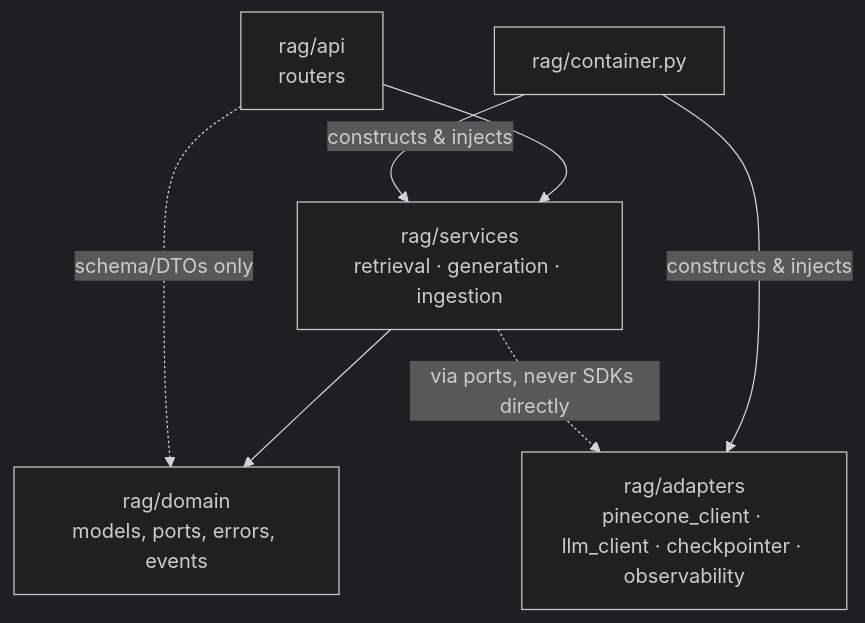
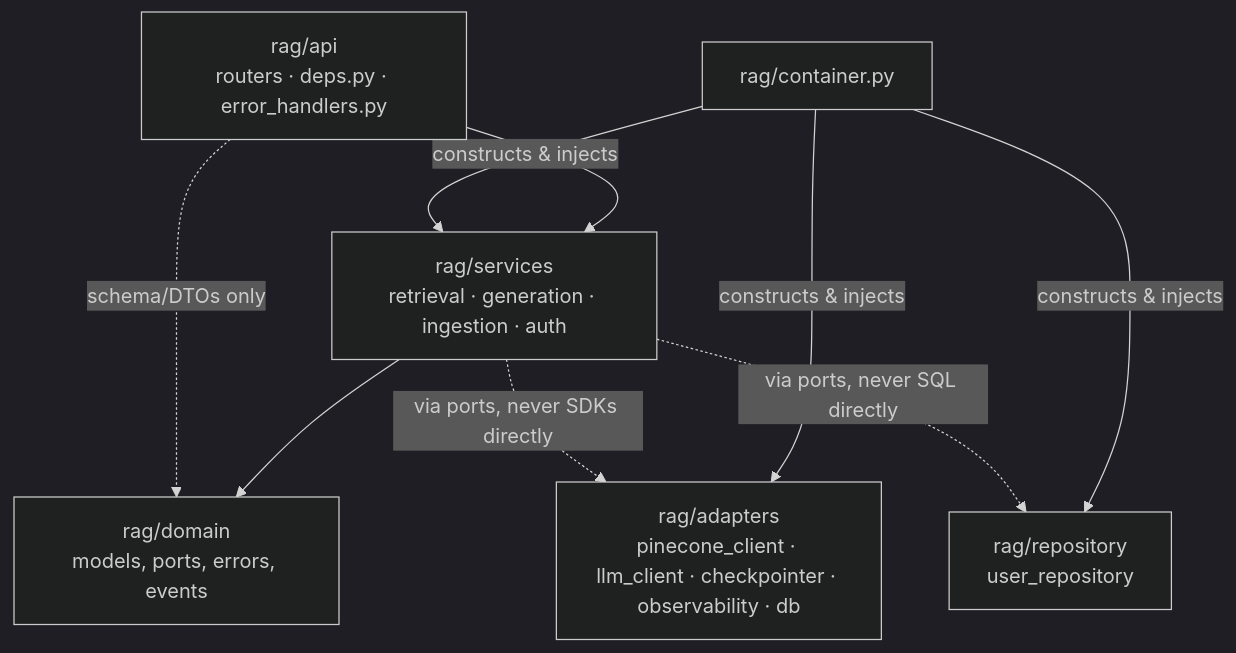
Before and after one commit to hadifar/rag: the second of 5 diagrams in docs/architecture.md, drawn with Mermaid (dark theme). The commit also changed other lines of this file and 12 other files, not shown here.

````diff
--- a/docs/architecture.md
+++ b/docs/architecture.md
@@ -48,15 +51,18 @@
 ```mermaid
 graph TD
-    api[rag/api<br/>routers]
-    services[rag/services<br/>retrieval · generation · ingestion]
+    api[rag/api<br/>routers · deps.py · error_handlers.py]
+    services[rag/services<br/>retrieval · generation · ingestion · auth]
     domain[rag/domain<br/>models, ports, errors, events]
-    adapters[rag/adapters<br/>pinecone_client · llm_client · checkpointer · observability]
+    adapters[rag/adapters<br/>pinecone_client · llm_client · checkpointer · observability · db]
+    repository[rag/repository<br/>user_repository]
     container[rag/container.py<br/>]
 
     api --> services
     services --> domain
     api -.->|schema/DTOs only| domain
     container -->|constructs & injects| adapters
+    container -->|constructs & injects| repository
     container -->|constructs & injects| services
     services -.->|via ports, never SDKs directly| adapters
+    services -.->|via ports, never SQL directly| repository
 ```
````
